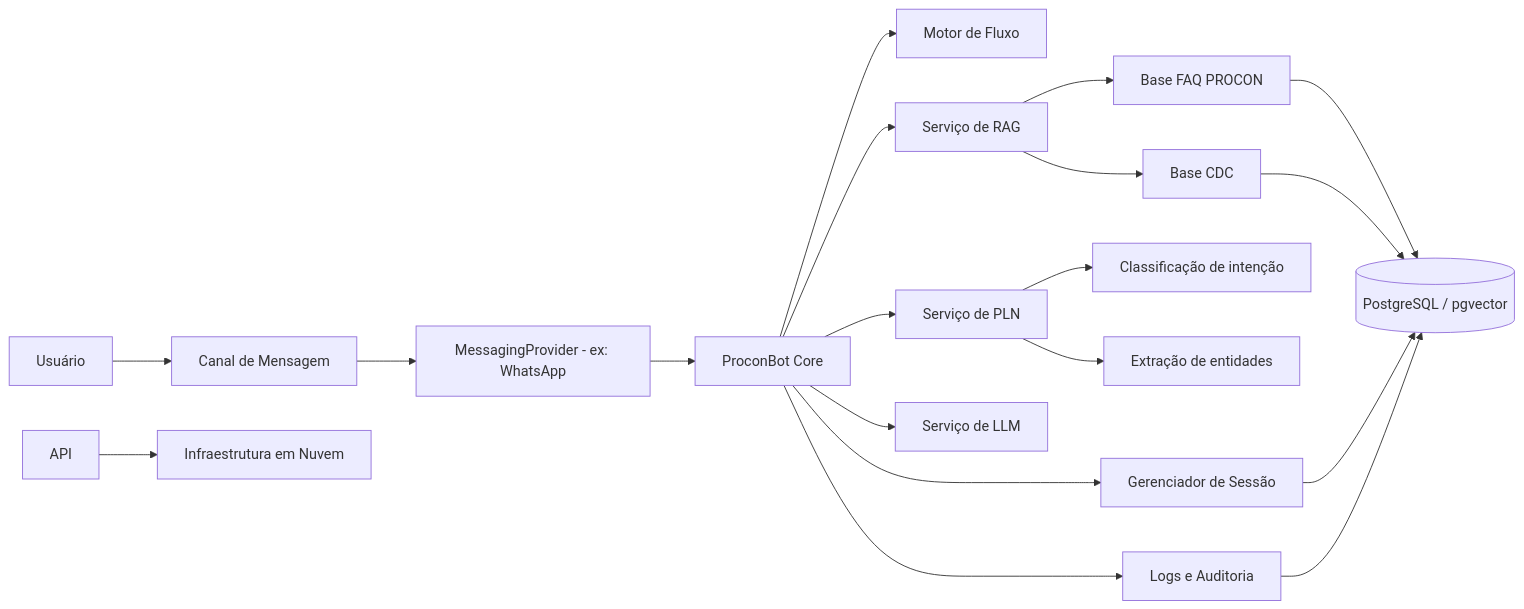
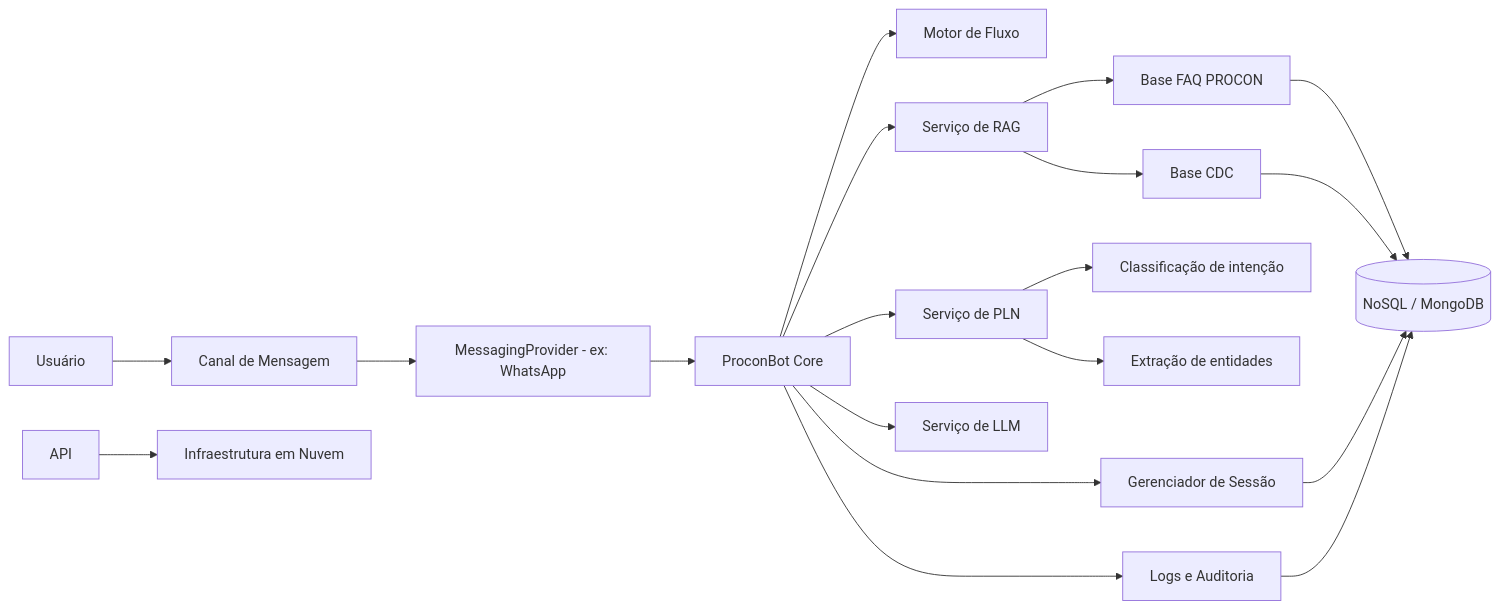
The fourth of 6 diagrams in README.md (innocode-solutions/abp_6dsm), drawn with Mermaid before and after one commit. The commit also changed other lines of this file, not shown here.

````diff
--- a/README.md
+++ b/README.md
@@ -569,27 +611,27 @@
 ```mermaid
 flowchart LR
     U[Usuário] --> M[Canal de Mensagem]
     M --> Prov[MessagingProvider - ex: WhatsApp]
 
     Prov --> BOT[ProconBot Core]
 
     BOT --> SES[Gerenciador de Sessão]
     BOT --> DEC[Motor de Fluxo]
     BOT --> PLN[Serviço de PLN]
     BOT --> RAG[Serviço de RAG]
     BOT --> LLM[Serviço de LLM]
     BOT --> AUD[Logs e Auditoria]
 
     PLN --> INT[Classificação de intenção]
     PLN --> ENT[Extração de entidades]
 
     RAG --> FAQ[Base FAQ PROCON]
     RAG --> CDC[Base CDC]
-    FAQ --> DB[(PostgreSQL / pgvector)]
+    FAQ --> DB[(NoSQL / MongoDB)]
     CDC --> DB
 
     SES --> DB
     AUD --> DB
 
     API --> CLOUD[Infraestrutura em Nuvem]
 ```
````
